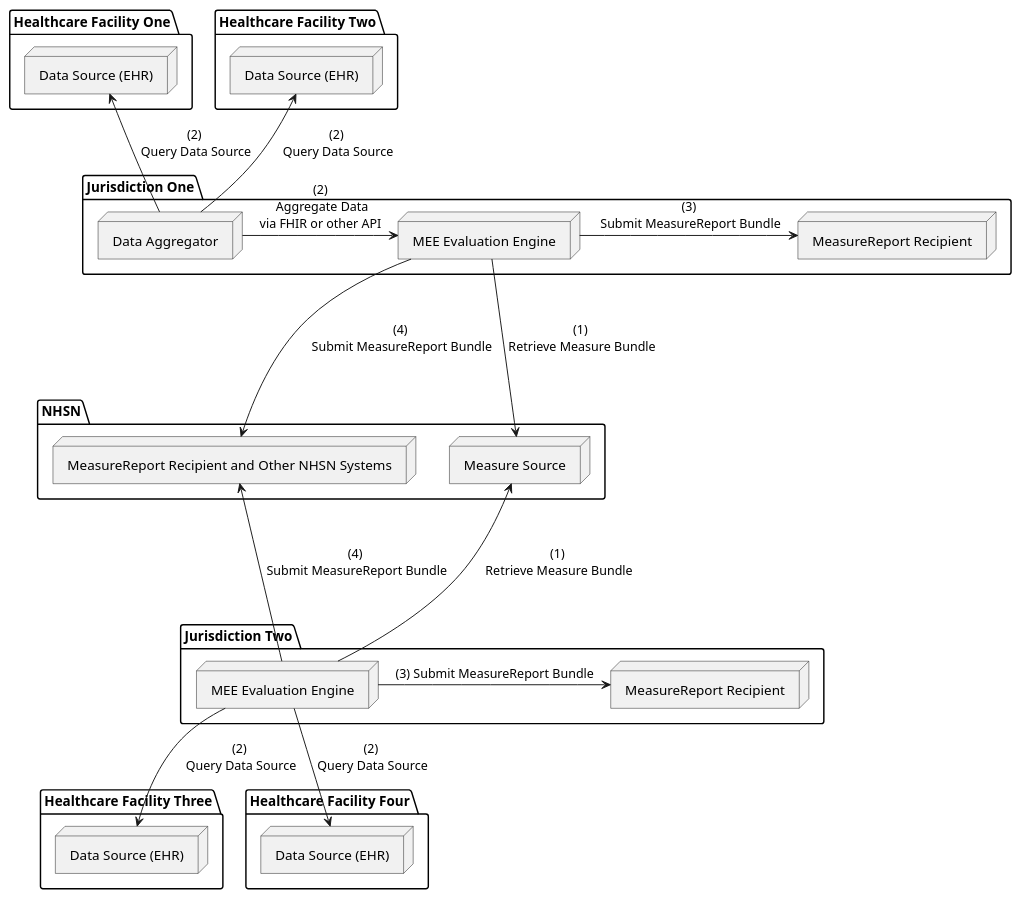
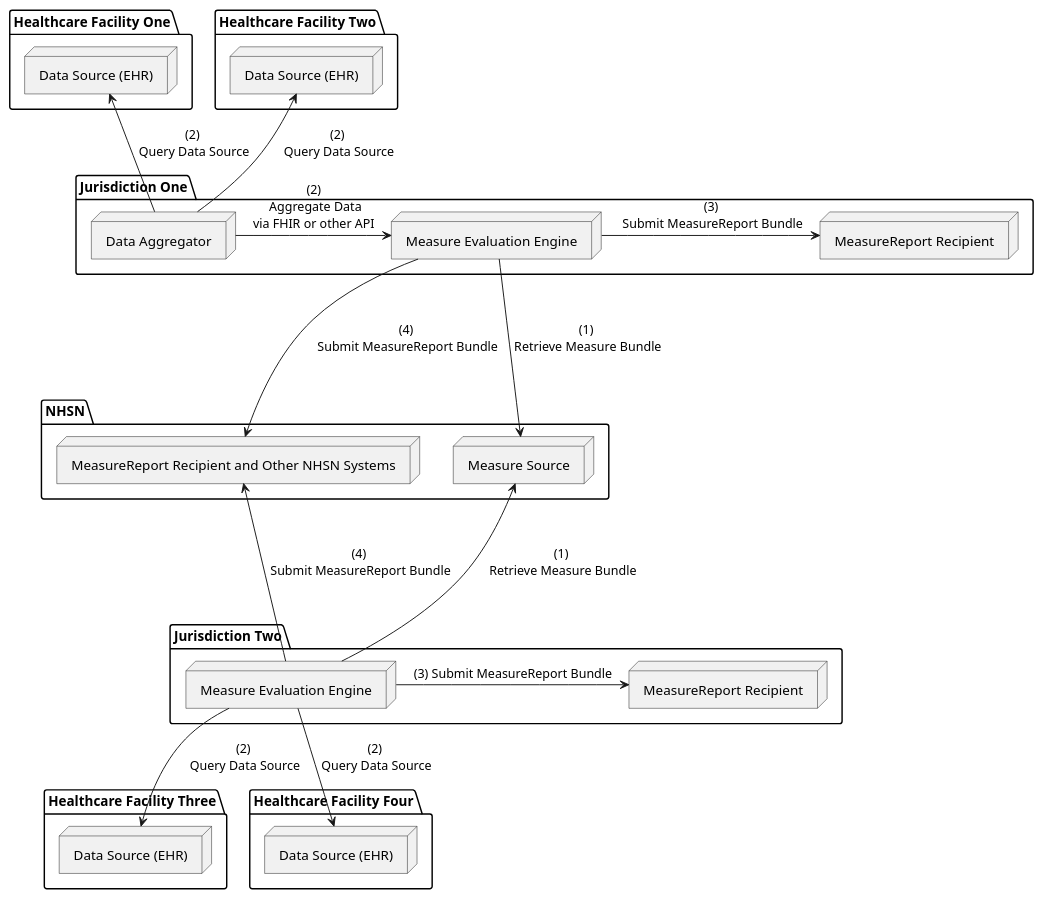
Before and after one commit to HL7/us-safr: the diagram in input/images-source/usfr-2.plantuml, drawn with PlantUML. The commit also changed 2 other files, not shown here.

```diff
--- a/input/images-source/usfr-2.plantuml
+++ b/input/images-source/usfr-2.plantuml
@@ -1,52 +1,52 @@
 @startuml
 
 
 
 package "Healthcare Facility One" {
     node "Data Source (EHR)" as EHR1
 }
 
 package "Healthcare Facility Two" {
     node "Data Source (EHR)" as EHR2
 }
 
 package "Healthcare Facility Three" {
     node "Data Source (EHR)" as EHR3
 }
 
 package "Healthcare Facility Four" {
     node "Data Source (EHR)" as EHR4
 }
 
 package "Jurisdiction One" {
-    node "MEE Evaluation Engine" as MEE1
+    node "Measure Evaluation Engine" as MEE1
     node "MeasureReport Recipient" as Recipient1
     node "Data Aggregator" as DA1
 }
 
 package "Jurisdiction Two" {
-    node "MEE Evaluation Engine" as MEE2
+    node "Measure Evaluation Engine" as MEE2
     node "MeasureReport Recipient" as Recipient2
 }
 
 package "NHSN" {
     node "MeasureReport Recipient and Other NHSN Systems" as Recipient
     node "Measure Source" as MS
 }
 
 EHR1 <-- DA1 : (2)\n Query Data Source
 EHR2 <-- DA1 : (2)\n Query Data Source
 DA1 -right-> MEE1 : (2)\n Aggregate Data\nvia FHIR or other API
 MEE1 -down-> MS : (1)\n Retrieve Measure Bundle
 MEE1 -right-> Recipient1 : (3)\n Submit MeasureReport Bundle
 
 EHR3 <-up- MEE2 : (2)\n Query Data Source
 EHR4 <-up- MEE2 : (2)\n Query Data Source
 MEE2 -up-> MS : (1)\n Retrieve Measure Bundle
 MEE2 -right-> Recipient2 : (3) Submit MeasureReport Bundle
 
 
 MEE1 -down--> Recipient : (4)\n Submit MeasureReport Bundle
 MEE2 -up--> Recipient : (4)\n Submit MeasureReport Bundle
 
 @enduml
```
